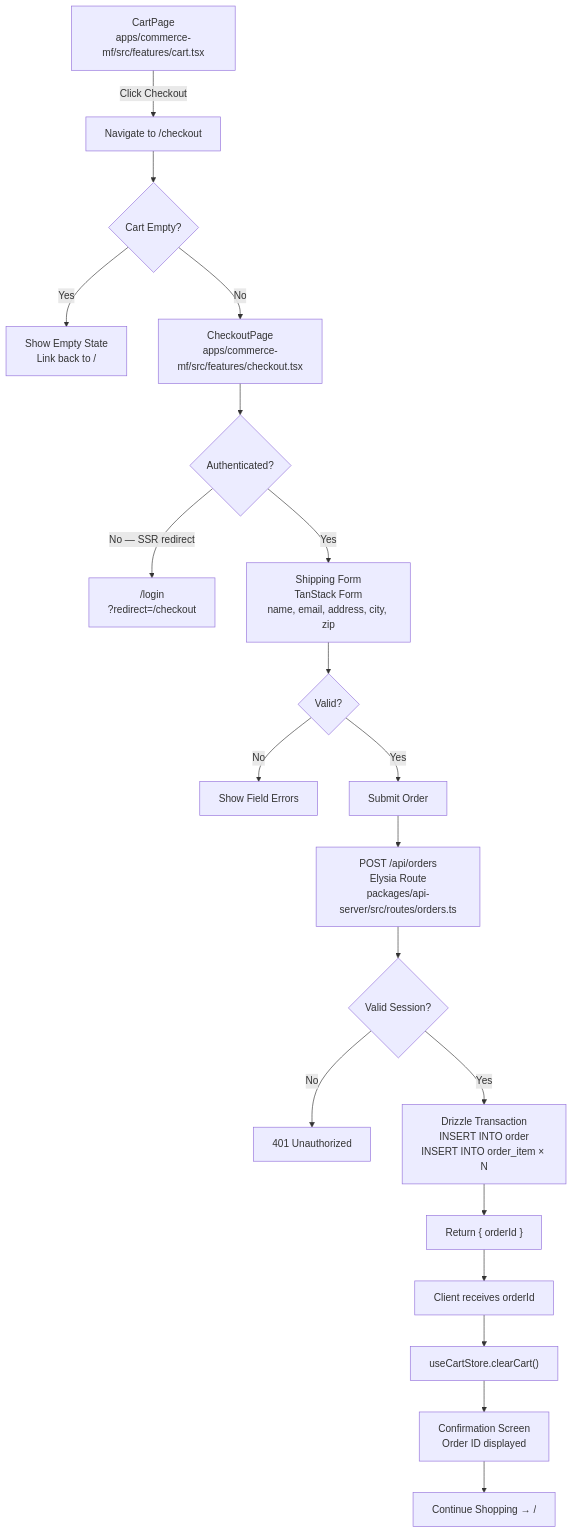
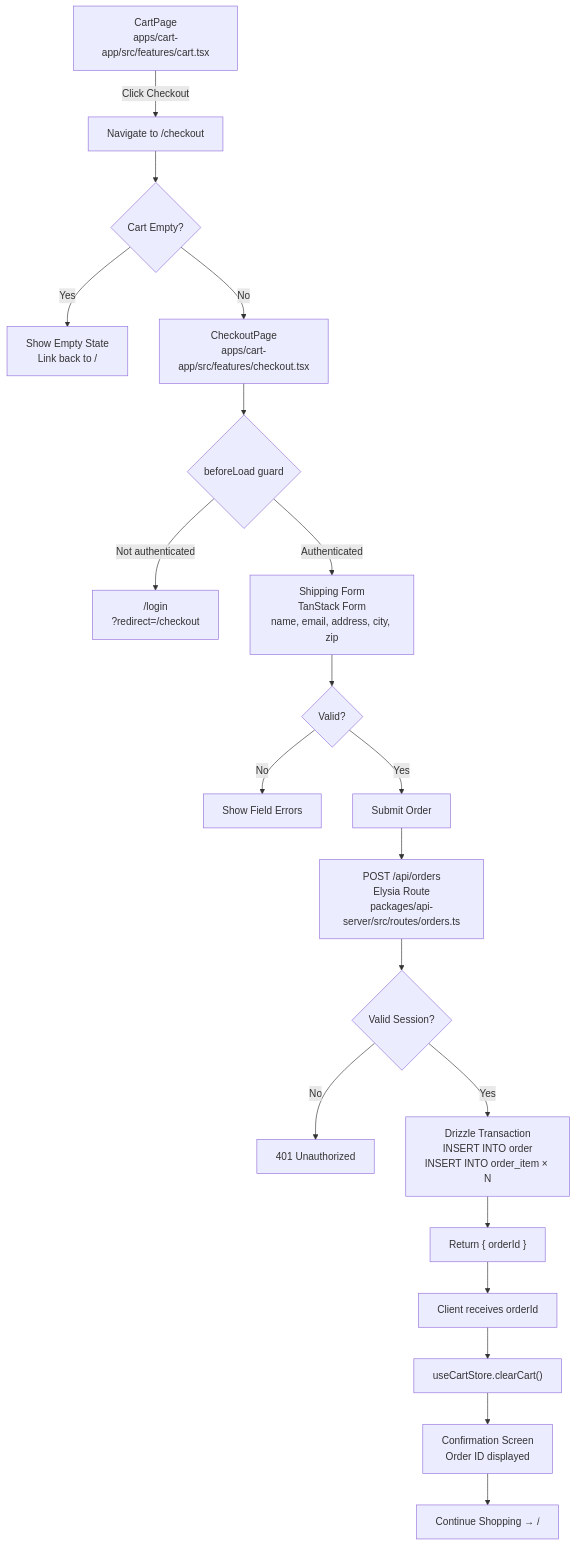
One commit to Its-Satyajit/MFECP changed the fifth of 9 diagrams in docs/architecture.md. Above: the diagram before and after it, drawn with Mermaid. The commit also changed other lines of this file and 40 other files, not shown here.

````diff
--- a/docs/architecture.md
+++ b/docs/architecture.md
@@ -184,29 +186,29 @@
 ```mermaid
 flowchart TD
-    Cart["CartPage<br/>apps/commerce-mf/src/features/cart.tsx"] -->|"Click Checkout"| Navigate["Navigate to /checkout"]
+    Cart["CartPage<br/>apps/cart-app/src/features/cart.tsx"] -->|"Click Checkout"| Navigate["Navigate to /checkout"]
 
     Navigate --> Empty{"Cart Empty?"}
 
     Empty -->|"Yes"| EmptyState["Show Empty State<br/>Link back to /"]
-    Empty -->|"No"| Checkout["CheckoutPage<br/>apps/commerce-mf/src/features/checkout.tsx"]
+    Empty -->|"No"| Checkout["CheckoutPage<br/>apps/cart-app/src/features/checkout.tsx"]
 
-    Checkout --> AuthGate{"Authenticated?"}
-    AuthGate -->|"No — SSR redirect"| Login["/login<br/>?redirect=/checkout"]
-    AuthGate -->|"Yes"| Form["Shipping Form<br/>TanStack Form<br/>name, email, address, city, zip"]
+    Checkout --> AuthGate{"beforeLoad guard"}
+    AuthGate -->|"Not authenticated"| Login["/login<br/>?redirect=/checkout"]
+    AuthGate -->|"Authenticated"| Form["Shipping Form<br/>TanStack Form<br/>name, email, address, city, zip"]
 
     Form --> Validate{"Valid?"}
     Validate -->|"No"| FormErrors["Show Field Errors"]
     Validate -->|"Yes"| Submit["Submit Order"]
 
     Submit --> API["POST /api/orders<br/>Elysia Route<br/>packages/api-server/src/routes/orders.ts"]
     API --> AuthCheck{"Valid Session?"}
     AuthCheck -->|"No"| Error["401 Unauthorized"]
     AuthCheck -->|"Yes"| Insert["Drizzle Transaction<br/>INSERT INTO order<br/>INSERT INTO order_item × N"]
 
     Insert --> Success["Return { orderId }"]
     Success --> Client["Client receives orderId"]
     Client --> ClearCart["useCartStore.clearCart()"]
     ClearCart --> Confirm["Confirmation Screen<br/>Order ID displayed"]
 
     Confirm --> Continue["Continue Shopping → /"]
 ```
````
